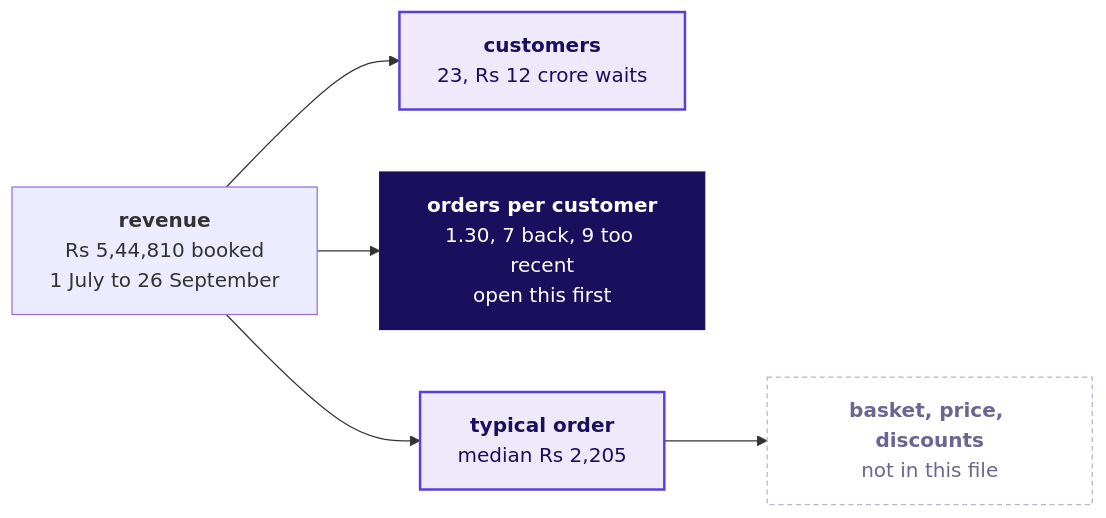
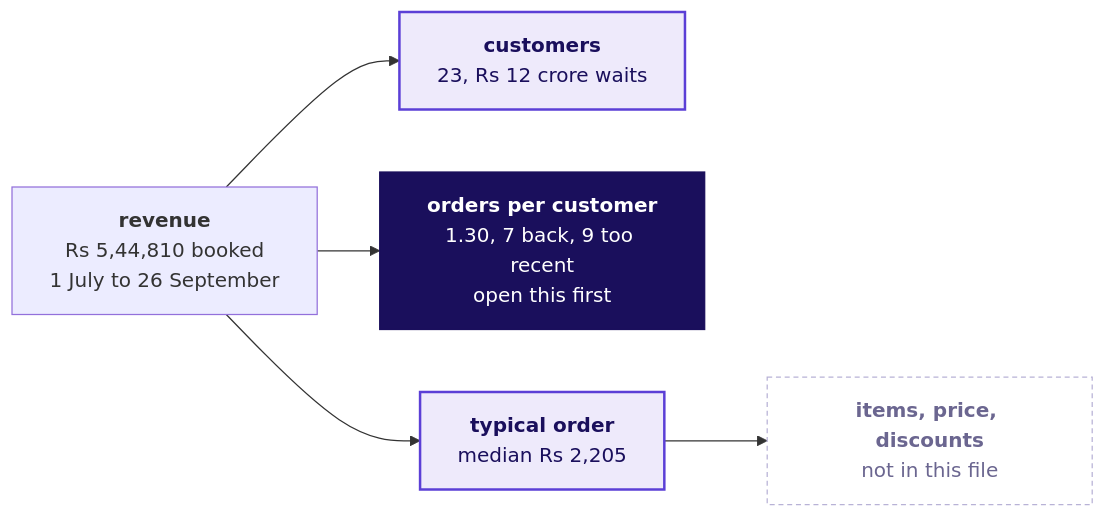
Before and after one commit to fde-academy-lab/c2-content-factory: diagram 14 of 14 in content/W01/D1/whiteboards/C2_W01_D01_board_work_STUDENT.md, drawn with Mermaid. The commit also changed other lines of this file and 32 other files, not shown here.

````diff
--- a/content/W01/D1/whiteboards/C2_W01_D01_board_work_STUDENT.md
+++ b/content/W01/D1/whiteboards/C2_W01_D01_board_work_STUDENT.md
@@ -195,13 +316,13 @@
 ```mermaid
 flowchart LR
     R["<b>revenue</b><br/>Rs 5,44,810 booked<br/>1 July to 26 September"] --> C["<b>customers</b><br/>23, Rs 12 crore waits"]
     R --> F["<b>orders per customer</b><br/>1.30, 7 back, 9 too recent<br/>open this first"]
     R --> A["<b>typical order</b><br/>median Rs 2,205"]
-    A --> I["<b>basket, price, discounts</b><br/>not in this file"]
+    A --> I["<b>items, price, discounts</b><br/>not in this file"]
     classDef known fill:#EEEAFB,stroke:#5B3FD6,color:#1A0F5C,stroke-width:2px
     classDef unknown fill:#FFFFFF,stroke:#B8B2D6,color:#6B6690,stroke-dasharray:4 3
     classDef bet fill:#1A0F5C,stroke:#1A0F5C,color:#FFFFFF
     class C,A known
     class I unknown
     class F bet
 ```
````
